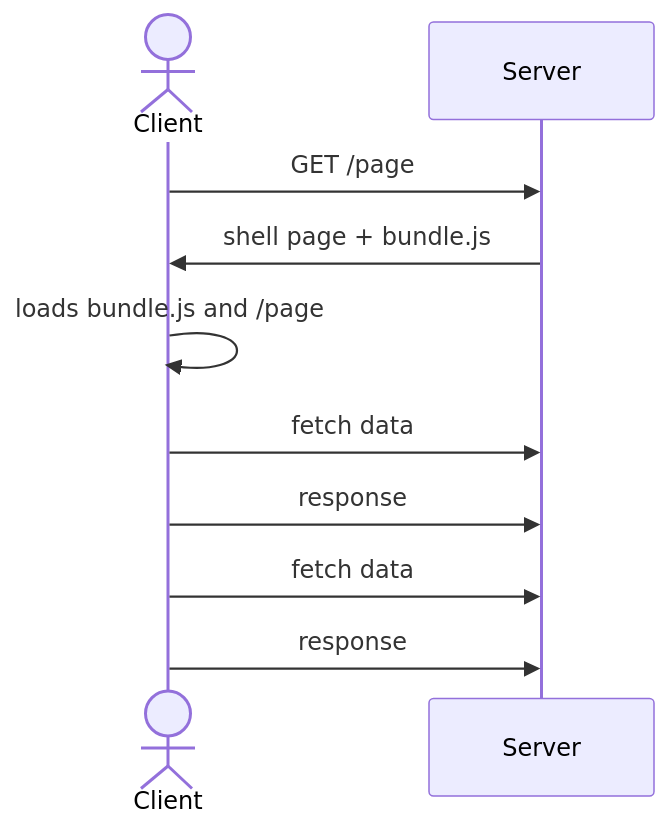
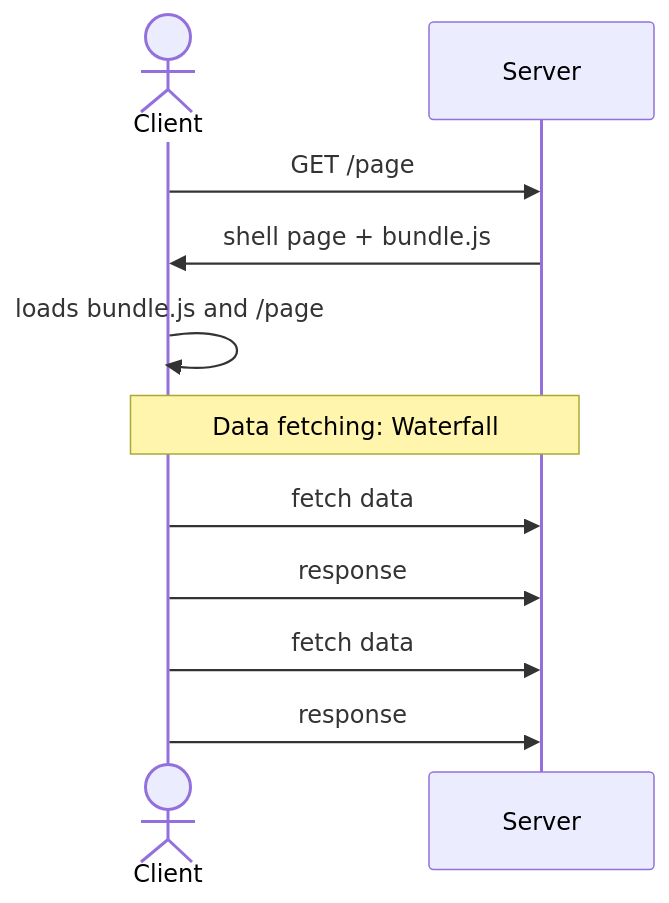
The diagram in content/AW4L/slides/02-isomorphic-apps.md (ECAM-Brussels/e-cam), drawn with Mermaid before and after one commit. The commit also changed other lines of this file, not shown here.

````diff
--- a/content/AW4L/slides/02-isomorphic-apps.md
+++ b/content/AW4L/slides/02-isomorphic-apps.md
@@ -36,12 +38,13 @@
 ```mermaid
 sequenceDiagram
   actor client as Client
   participant server as Server
   client ->> server: GET /page
   server ->> client: shell page + bundle.js
   client ->> client: loads bundle.js and /page
+  Note over client,server: Data fetching: Waterfall
   client ->> server: fetch data
   client ->> server: response
   client ->> server: fetch data
   client ->> server: response
 ```
````
